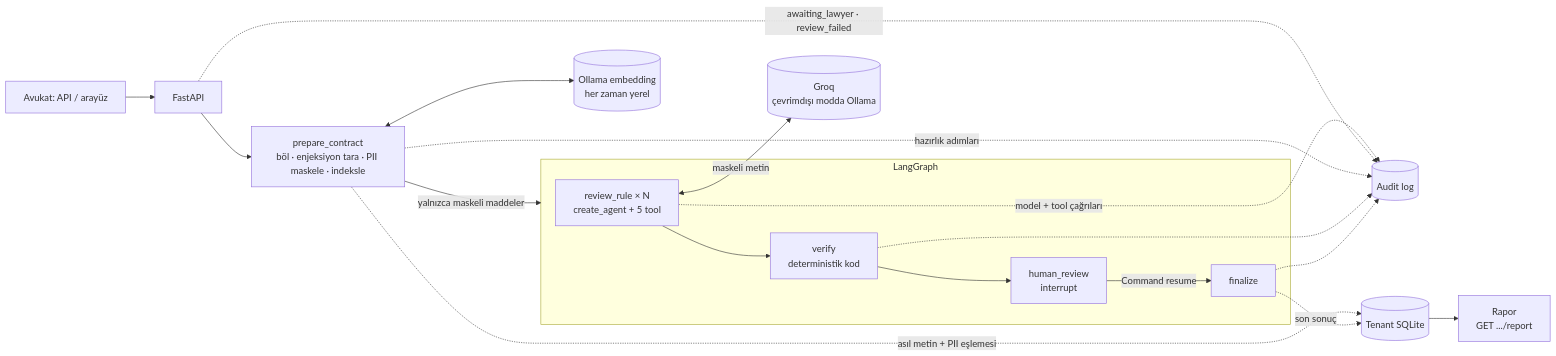
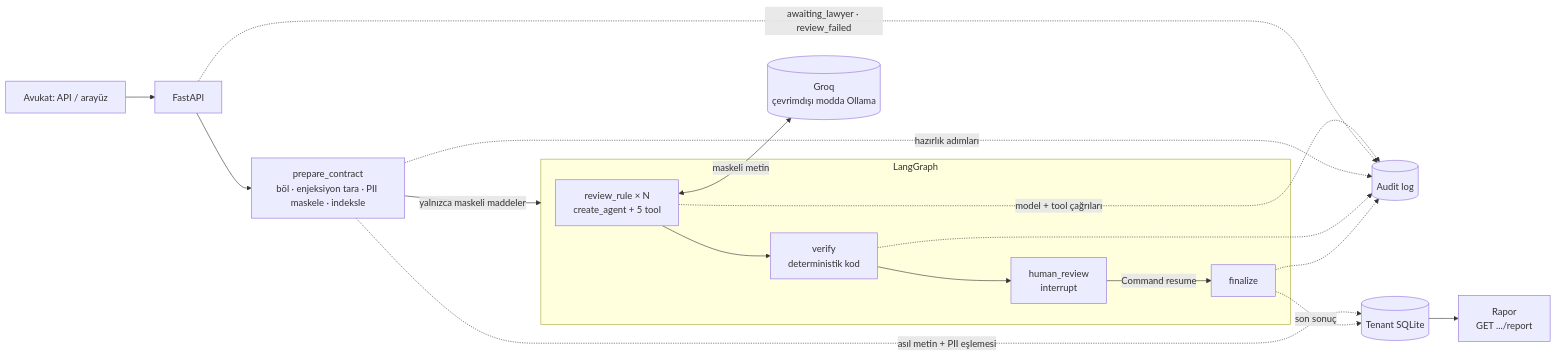
One commit to efeboyacim/uplico-ai changed the diagram in docs/architecture.md. Above: the diagram before and after it, drawn with Mermaid. The commit also changed other lines of this file and 6 other files, not shown here.

````diff
--- a/docs/architecture.md
+++ b/docs/architecture.md
@@ -15,21 +15,20 @@
 ```mermaid
 flowchart LR
     U[Avukat: API / arayüz] --> API[FastAPI]
     API --> P[prepare_contract<br/>böl · enjeksiyon tara · PII maskele · indeksle]
     P -->|yalnızca maskeli maddeler| G
     subgraph G[LangGraph]
         A[review_rule × N<br/>create_agent + 5 tool] --> V[verify<br/>deterministik kod]
         V --> H[human_review<br/>interrupt]
         H -->|Command resume| F[finalize]
     end
     A <-->|maskeli metin| LLM[(Groq<br/>çevrimdışı modda Ollama)]
-    P <--> EMB[(Ollama embedding<br/>her zaman yerel)]
     A -. model + tool çağrıları .-> AUD[(Audit log)]
     API -. awaiting_lawyer · review_failed .-> AUD
     P -. hazırlık adımları .-> AUD
     V -.-> AUD
     F -.-> AUD
     P -. asıl metin + PII eşlemesi .-> DB[(Tenant SQLite)]
     F -. son sonuç .-> DB
     DB --> R[Rapor<br/>GET .../report]
 ```
````
